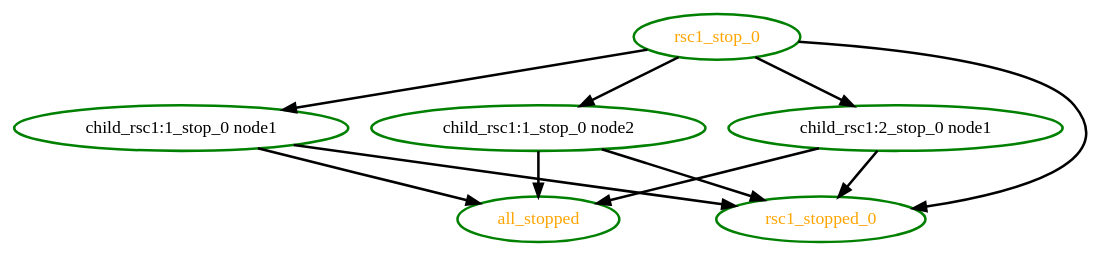
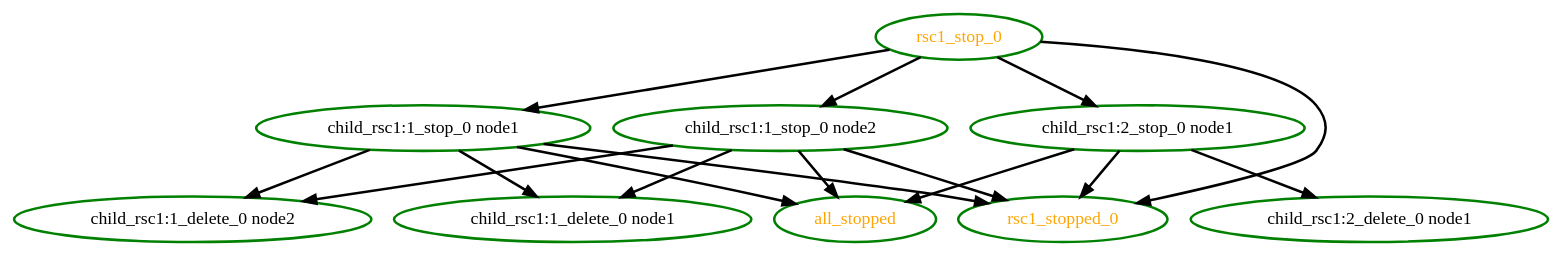
One commit to ClusterLabs/pacemaker changed the diagram in pengine/test10/inc9.dot. Above: the diagram before and after it, drawn with Graphviz. The commit also changed 40 other files, not shown here.

```diff
--- a/pengine/test10/inc9.dot
+++ b/pengine/test10/inc9.dot
@@ -1,18 +1,26 @@
  digraph "g" {
 "all_stopped" [ style=bold color="green" fontcolor="orange" ]
+"child_rsc1:1_delete_0 node1" [ style=bold color="green" fontcolor="black"]
+"child_rsc1:1_delete_0 node2" [ style=bold color="green" fontcolor="black"]
 "child_rsc1:1_stop_0 node1" -> "all_stopped" [ style = bold]
+"child_rsc1:1_stop_0 node1" -> "child_rsc1:1_delete_0 node1" [ style = bold]
+"child_rsc1:1_stop_0 node1" -> "child_rsc1:1_delete_0 node2" [ style = bold]
 "child_rsc1:1_stop_0 node1" -> "rsc1_stopped_0" [ style = bold]
 "child_rsc1:1_stop_0 node1" [ style=bold color="green" fontcolor="black"]
 "child_rsc1:1_stop_0 node2" -> "all_stopped" [ style = bold]
+"child_rsc1:1_stop_0 node2" -> "child_rsc1:1_delete_0 node1" [ style = bold]
+"child_rsc1:1_stop_0 node2" -> "child_rsc1:1_delete_0 node2" [ style = bold]
 "child_rsc1:1_stop_0 node2" -> "rsc1_stopped_0" [ style = bold]
 "child_rsc1:1_stop_0 node2" [ style=bold color="green" fontcolor="black"]
+"child_rsc1:2_delete_0 node1" [ style=bold color="green" fontcolor="black"]
 "child_rsc1:2_stop_0 node1" -> "all_stopped" [ style = bold]
+"child_rsc1:2_stop_0 node1" -> "child_rsc1:2_delete_0 node1" [ style = bold]
 "child_rsc1:2_stop_0 node1" -> "rsc1_stopped_0" [ style = bold]
 "child_rsc1:2_stop_0 node1" [ style=bold color="green" fontcolor="black"]
 "rsc1_stop_0" -> "child_rsc1:1_stop_0 node1" [ style = bold]
 "rsc1_stop_0" -> "child_rsc1:1_stop_0 node2" [ style = bold]
 "rsc1_stop_0" -> "child_rsc1:2_stop_0 node1" [ style = bold]
 "rsc1_stop_0" -> "rsc1_stopped_0" [ style = bold]
 "rsc1_stop_0" [ style=bold color="green" fontcolor="orange" ]
 "rsc1_stopped_0" [ style=bold color="green" fontcolor="orange" ]
 }
```
